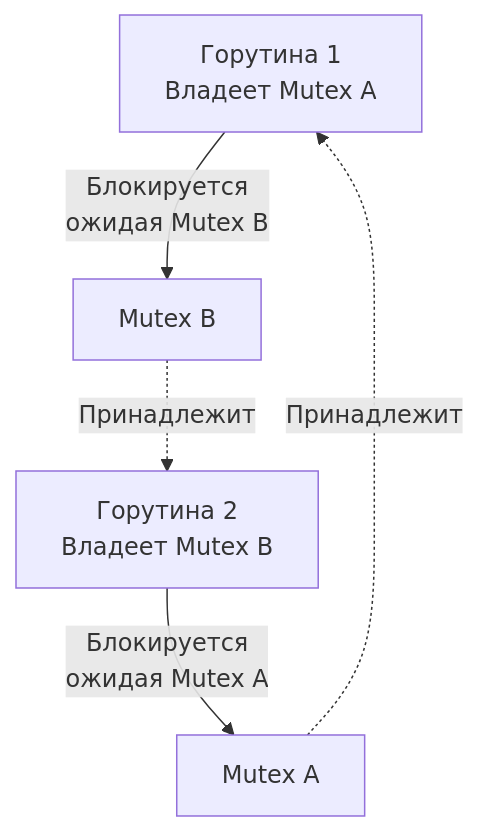
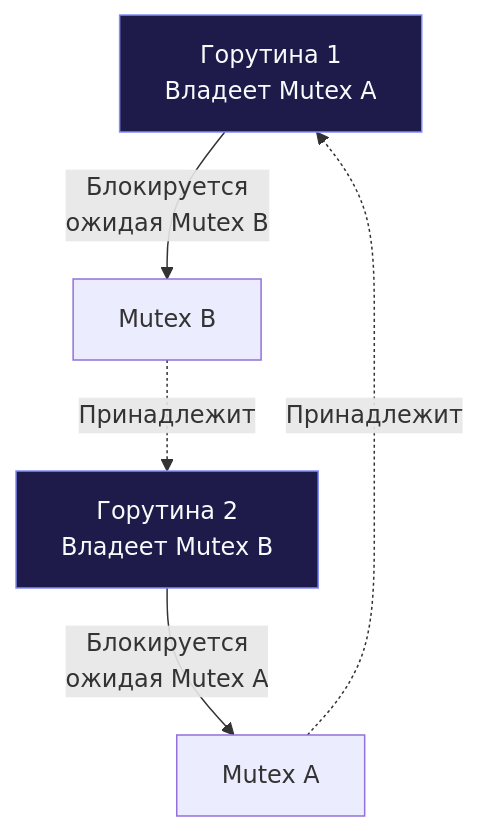
Before and after one commit to UnrealTemplier/go-textbook: the second of 3 diagrams in sources/5. Учебник по Go (Основы и синтаксис)/43. Deadlock, Livelock и типичные ошибки конкурентности.md, drawn with Mermaid. The commit also changed other lines of this file and 1666 other files, not shown here.

First line of the commit message:
feat(mermaid): add semantic color classDef to 1369 colorless flowchart/graph diagrams

````diff
--- a/sources/5. Учебник по Go (Основы и синтаксис)/43. Deadlock, Livelock и типичные ошибки конкурентности.md
+++ b/sources/5. Учебник по Go (Основы и синтаксис)/43. Deadlock, Livelock и типичные ошибки конкурентности.md
@@ -57,7 +67,17 @@
 ```mermaid
 flowchart TD
-    G1["Горутина 1<br>Владеет Mutex A"] -->|"Блокируется<br>ожидая Mutex B"| MB["Mutex B"]
-    G2["Горутина 2<br>Владеет Mutex B"] -->|"Блокируется<br>ожидая Mutex A"| MA["Mutex A"]
+    classDef process  fill:#1e293b,stroke:#38bdf8,stroke-width:1px,color:#f8fafc
+    classDef success  fill:#064e3b,stroke:#34d399,stroke-width:1px,color:#f8fafc
+    classDef error    fill:#7f1d1d,stroke:#f87171,stroke-width:1px,color:#f8fafc
+    classDef warning  fill:#78350f,stroke:#fbbf24,stroke-width:1px,color:#f8fafc
+    classDef entry    fill:#1e3a5f,stroke:#38bdf8,stroke-width:2px,color:#f8fafc
+    classDef aux      fill:#334155,stroke:#64748b,stroke-width:1px,color:#f8fafc
+    classDef system   fill:#312e81,stroke:#a78bfa,stroke-width:1px,color:#f8fafc
+    classDef data     fill:#132d29,stroke:#2dd4bf,stroke-width:1px,color:#f8fafc
+    classDef network  fill:#881337,stroke:#fb7185,stroke-width:1px,color:#f8fafc
+    classDef accent   fill:#1e1b4b,stroke:#818cf8,stroke-width:1px,color:#f8fafc
+    G1["Горутина 1<br>Владеет Mutex A"]:::accent -->|"Блокируется<br>ожидая Mutex B"| MB["Mutex B"]
+    G2["Горутина 2<br>Владеет Mutex B"]:::accent -->|"Блокируется<br>ожидая Mutex A"| MA["Mutex A"]
     MB -.->|"Принадлежит"| G2
     MA -.->|"Принадлежит"| G1
 ```
````
